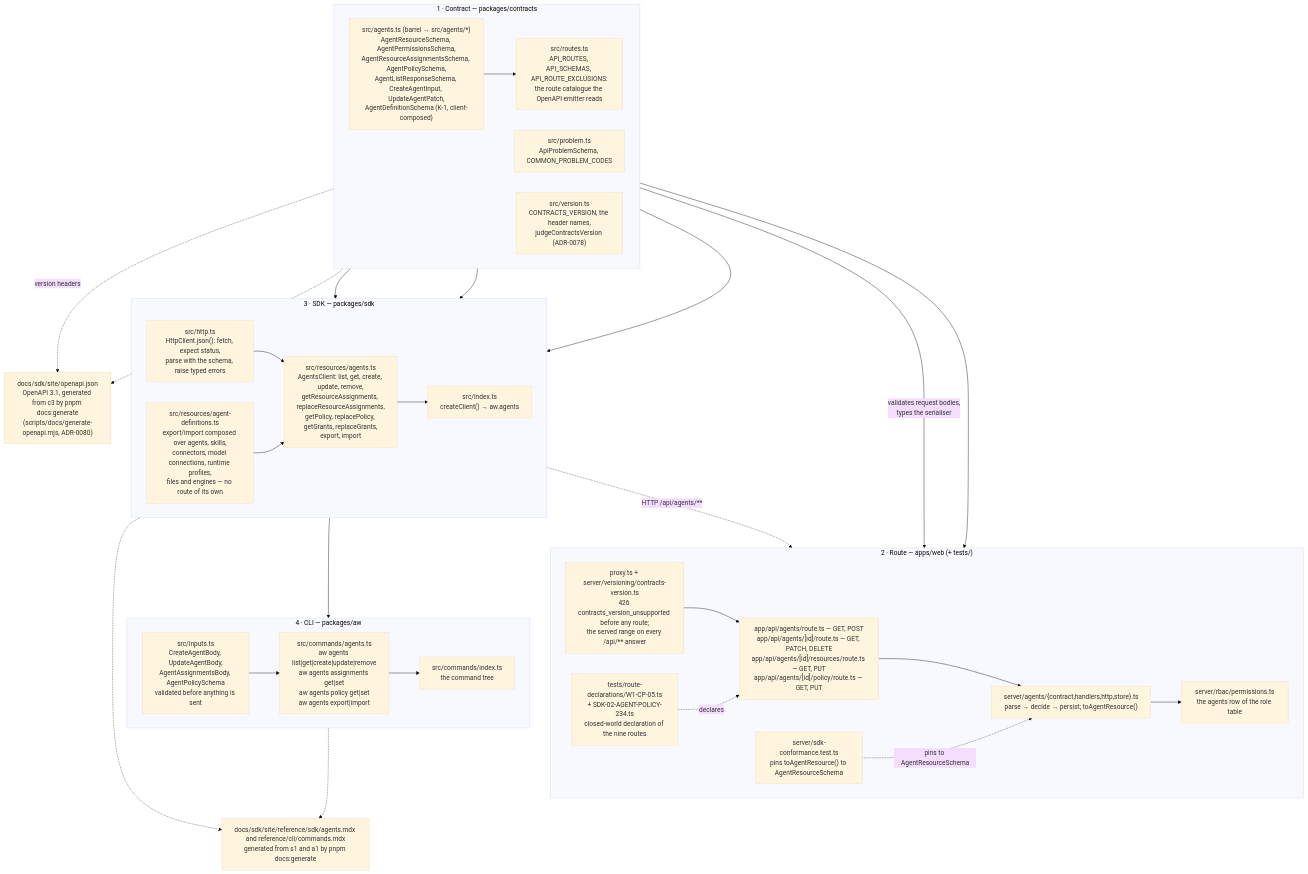
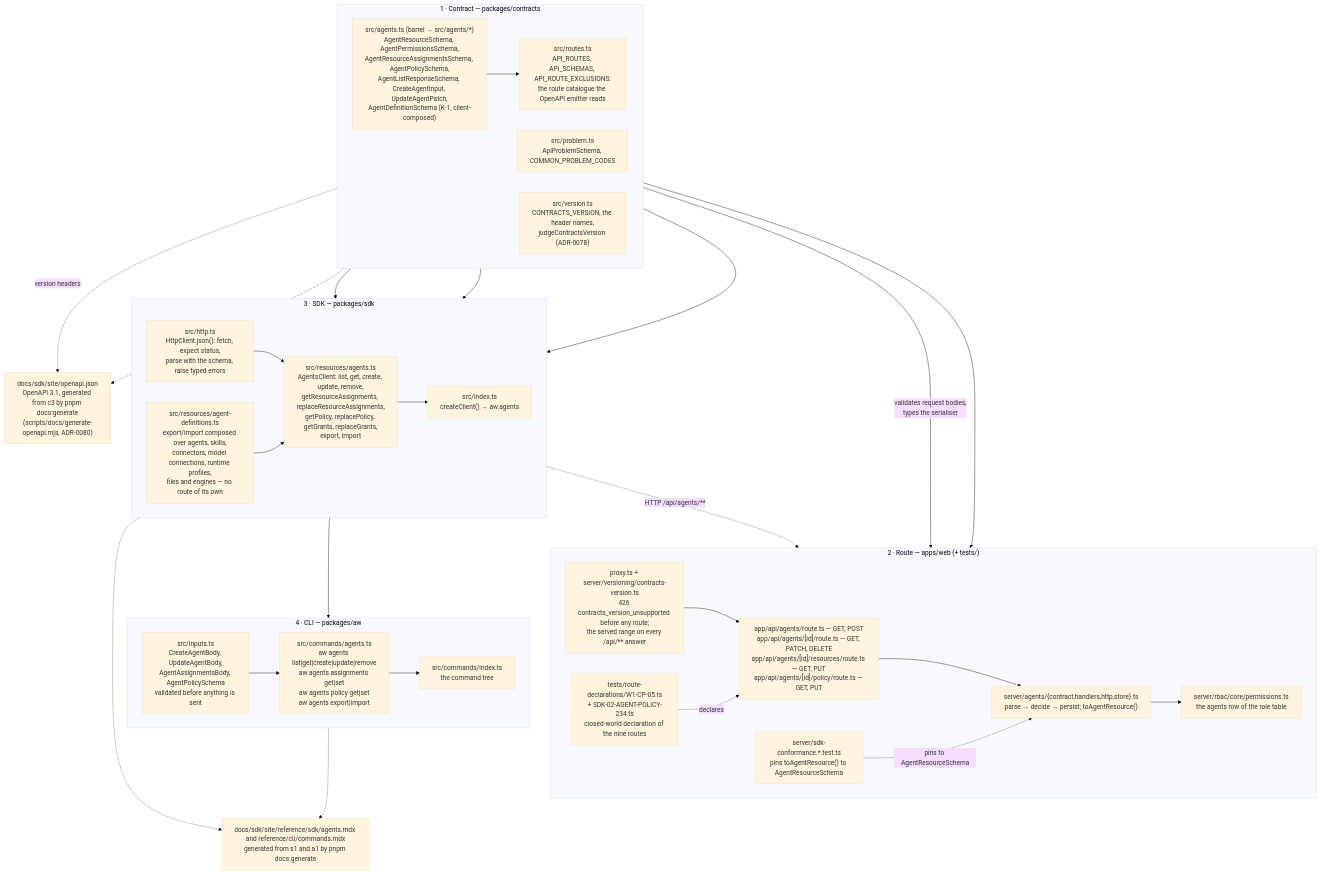
The second of 3 diagrams in docs/sdk/07-structure-map.md (indxjp/agent-workspace), drawn with Mermaid (base theme) before and after one commit. The commit also changed other lines of this file and 4912 other files, not shown here.

````diff
--- a/docs/sdk/07-structure-map.md
+++ b/docs/sdk/07-structure-map.md
@@ -177,57 +192,57 @@
 ```mermaid
 flowchart TB
   subgraph L1["1 · Contract — packages/contracts"]
     direction LR
     c1["src/agents.ts (barrel → src/agents/*)<br/>AgentResourceSchema, AgentPermissionsSchema,<br/>AgentResourceAssignmentsSchema, AgentPolicySchema,<br/>AgentListResponseSchema, CreateAgentInput, UpdateAgentPatch,<br/>AgentDefinitionSchema (K-1, client-composed)"]
     c2["src/problem.ts<br/>ApiProblemSchema, COMMON_PROBLEM_CODES"]
     c3["src/routes.ts<br/>API_ROUTES, API_SCHEMAS, API_ROUTE_EXCLUSIONS:<br/>the route catalogue the OpenAPI emitter reads"]
     c4["src/version.ts<br/>CONTRACTS_VERSION, the header names,<br/>judgeContractsVersion (ADR-0078)"]
   end
   subgraph L2["2 · Route — apps/web (+ tests/)"]
     direction LR
     r0["proxy.ts + server/versioning/contracts-version.ts<br/>426 contracts_version_unsupported before any route;<br/>the served range on every /api/** answer"]
     r1["app/api/agents/route.ts — GET, POST<br/>app/api/agents/[id]/route.ts — GET, PATCH, DELETE<br/>app/api/agents/[id]/resources/route.ts — GET, PUT<br/>app/api/agents/[id]/policy/route.ts — GET, PUT"]
     r4["server/agents/{contract,handlers,http,store}.ts<br/>parse → decide → persist; toAgentResource()"]
-    r5["server/rbac/permissions.ts<br/>the agents row of the role table"]
+    r5["server/rbac/core/permissions.ts<br/>the agents row of the role table"]
     r6["tests/route-declarations/W1-CP-05.ts<br/>+ SDK-02-AGENT-POLICY-234.ts<br/>closed-world declaration of the nine routes"]
-    r7["server/sdk-conformance.test.ts<br/>pins toAgentResource() to AgentResourceSchema"]
+    r7["server/sdk-conformance.*.test.ts<br/>pins toAgentResource() to AgentResourceSchema"]
   end
   subgraph L3["3 · SDK — packages/sdk"]
     direction LR
     s3["src/index.ts<br/>createClient() → aw.agents"]
     s1["src/resources/agents.ts<br/>AgentsClient: list, get, create, update, remove,<br/>getResourceAssignments, replaceResourceAssignments,<br/>getPolicy, replacePolicy, getGrants, replaceGrants,<br/>export, import"]
     s4["src/resources/agent-definitions.ts<br/>export/import composed over agents, skills,<br/>connectors, model connections, runtime profiles,<br/>files and engines — no route of its own"]
     s2["src/http.ts<br/>HttpClient.json(): fetch, expect status,<br/>parse with the schema, raise typed errors"]
   end
   subgraph L4["4 · CLI — packages/aw"]
     direction LR
     a3["src/commands/index.ts<br/>the command tree"]
     a1["src/commands/agents.ts<br/>aw agents list|get|create|update|remove<br/>aw agents assignments get|set<br/>aw agents policy get|set<br/>aw agents export|import"]
     a2["src/inputs.ts<br/>CreateAgentBody, UpdateAgentBody,<br/>AgentAssignmentsBody, AgentPolicySchema<br/>validated before anything is sent"]
   end
   gen["docs/sdk/site/reference/sdk/agents.mdx and reference/cli/commands.mdx<br/>generated from s1 and a1 by pnpm docs:generate"]
   oas["docs/sdk/site/openapi.json<br/>OpenAPI 3.1, generated from c3 by pnpm docs:generate<br/>(scripts/docs/generate-openapi.mjs, ADR-0080)"]
 
   c1 -->|"validates request bodies,<br/>types the serialiser"| r4
   c4 --> r0
   r0 --> r1
   c4 --> s2
   r1 --> r4
   r4 --> r5
   r6 -.->|"declares"| r1
   r7 -.->|"pins to AgentResourceSchema"| r4
   L3 -.->|"HTTP /api/agents/**"| L2
   c1 --> s1
   c2 --> s2
   s2 --> s1
   s4 --> s1
   s1 --> s3
   s3 --> a1
   a2 --> a1
   a1 --> a3
   L3 -.-> gen
   L4 -.-> gen
   c1 --> c3
   c4 -.->|"version headers"| oas
   c3 -.-> oas
 ```
````
